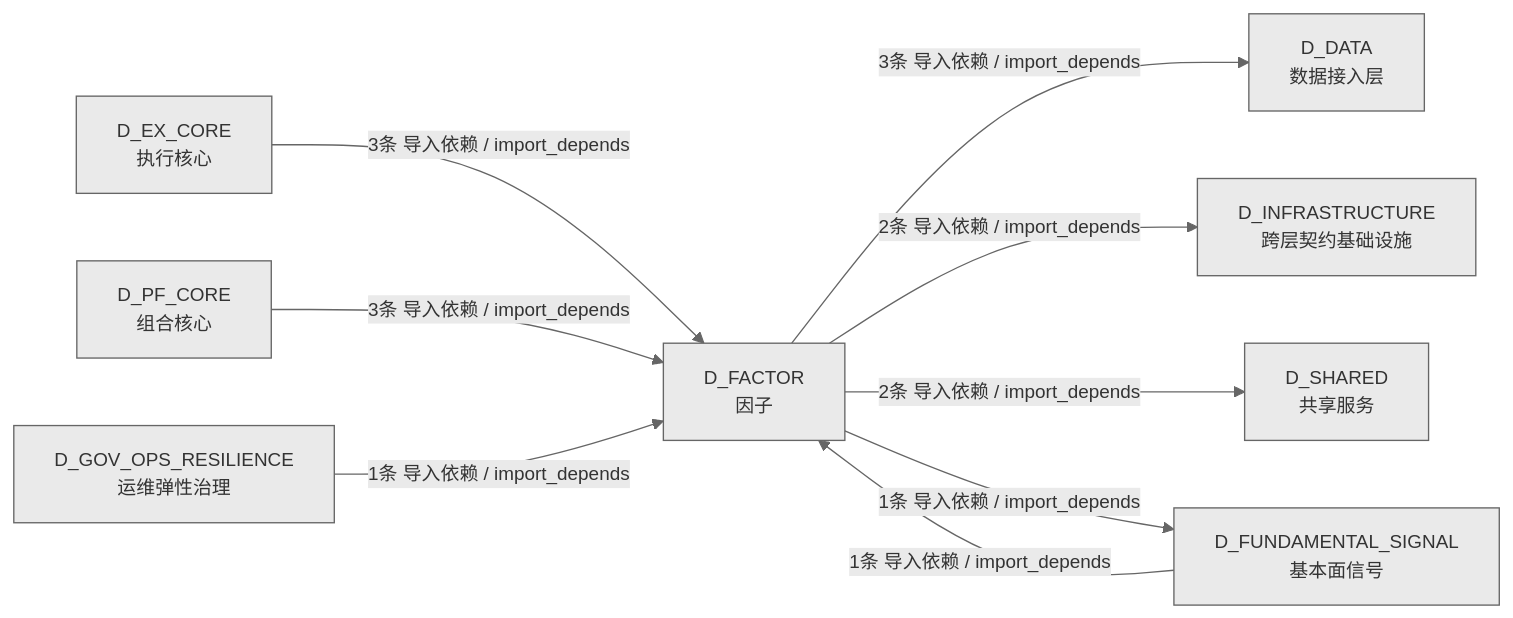
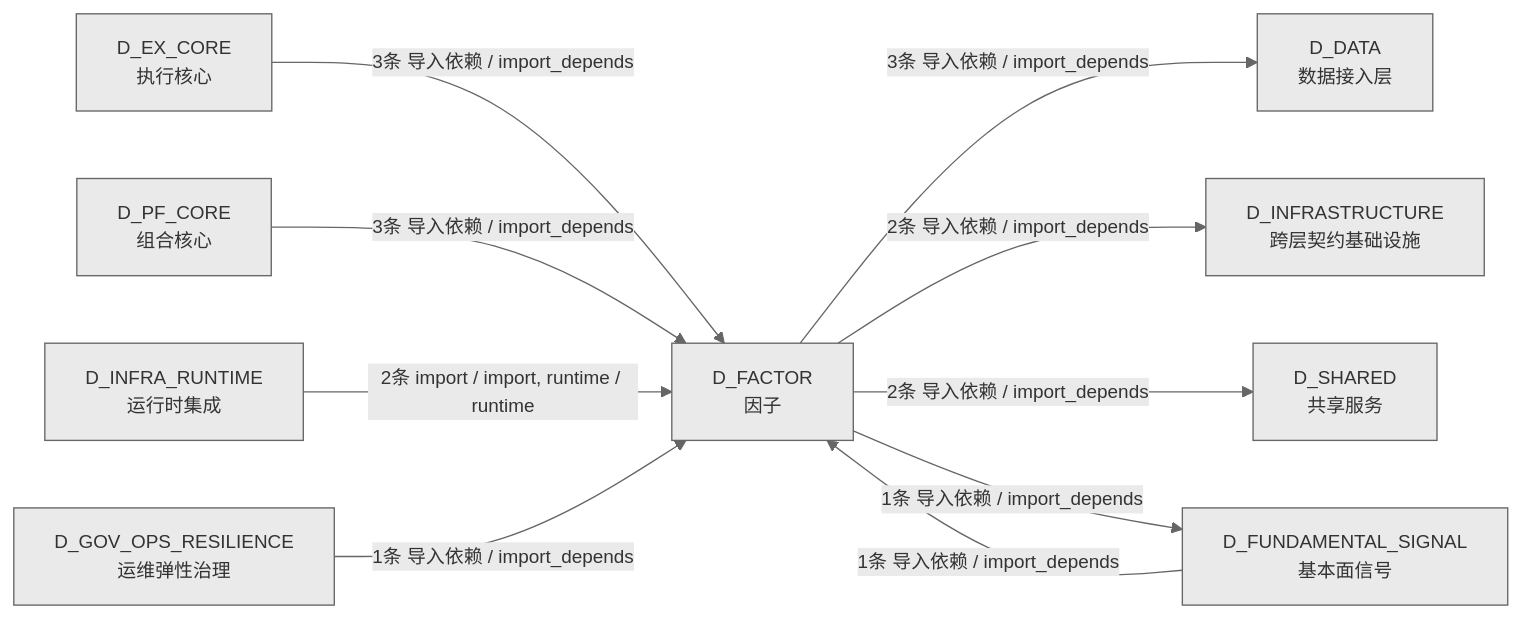
One commit to xuanFelixVan/ZephyrAlpha changed the fourth of 4 diagrams in docs/02_enterprise_architecture/02_domain_architecture_docs/46_d_factor.md. Above: the diagram before and after it, drawn with Mermaid. The commit also changed other lines of this file and 41 other files, not shown here.

````diff
--- a/docs/02_enterprise_architecture/02_domain_architecture_docs/46_d_factor.md
+++ b/docs/02_enterprise_architecture/02_domain_architecture_docs/46_d_factor.md
@@ -353,20 +371,22 @@
 ```mermaid
 %%{init: {'theme': 'base', 'themeVariables': {'primaryColor': '#eaeaea', 'primaryTextColor': '#333333', 'primaryBorderColor': '#666666', 'lineColor': '#666666', 'secondaryColor': '#eaeaea', 'tertiaryColor': '#eaeaea', 'fontSize': '14px'}}}%%
 graph LR
     D_FACTOR["D_FACTOR<br/>因子"]
     D_DATA["D_DATA<br/>数据接入层"]
     D_INFRASTRUCTURE["D_INFRASTRUCTURE<br/>跨层契约基础设施"]
     D_SHARED["D_SHARED<br/>共享服务"]
     D_FUNDAMENTAL_SIGNAL["D_FUNDAMENTAL_SIGNAL<br/>基本面信号"]
     D_EX_CORE["D_EX_CORE<br/>执行核心"]
     D_PF_CORE["D_PF_CORE<br/>组合核心"]
+    D_INFRA_RUNTIME["D_INFRA_RUNTIME<br/>运行时集成"]
     D_GOV_OPS_RESILIENCE["D_GOV_OPS_RESILIENCE<br/>运维弹性治理"]
     D_FACTOR -->|3条 导入依赖 / import_depends| D_DATA
     D_FACTOR -->|2条 导入依赖 / import_depends| D_INFRASTRUCTURE
     D_FACTOR -->|2条 导入依赖 / import_depends| D_SHARED
     D_FACTOR -->|1条 导入依赖 / import_depends| D_FUNDAMENTAL_SIGNAL
     D_EX_CORE -->|3条 导入依赖 / import_depends| D_FACTOR
     D_PF_CORE -->|3条 导入依赖 / import_depends| D_FACTOR
+    D_INFRA_RUNTIME -->|2条 import / import, runtime / runtime| D_FACTOR
     D_FUNDAMENTAL_SIGNAL -->|1条 导入依赖 / import_depends| D_FACTOR
     D_GOV_OPS_RESILIENCE -->|1条 导入依赖 / import_depends| D_FACTOR
 ```
````
